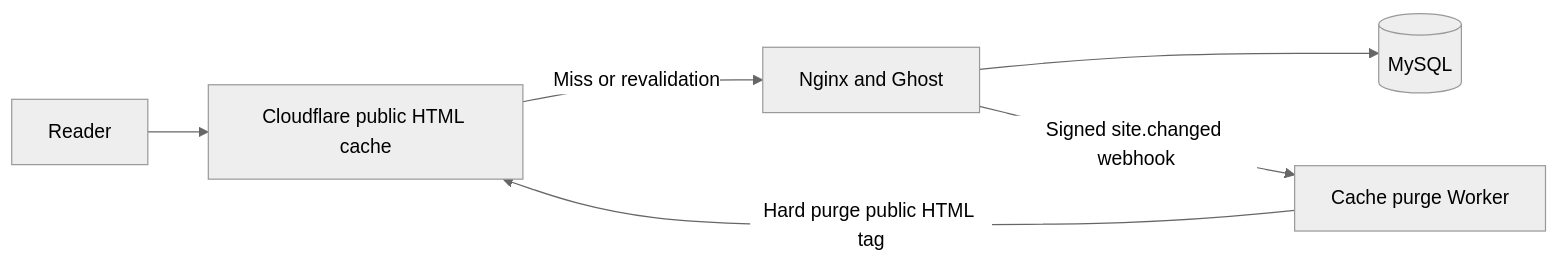
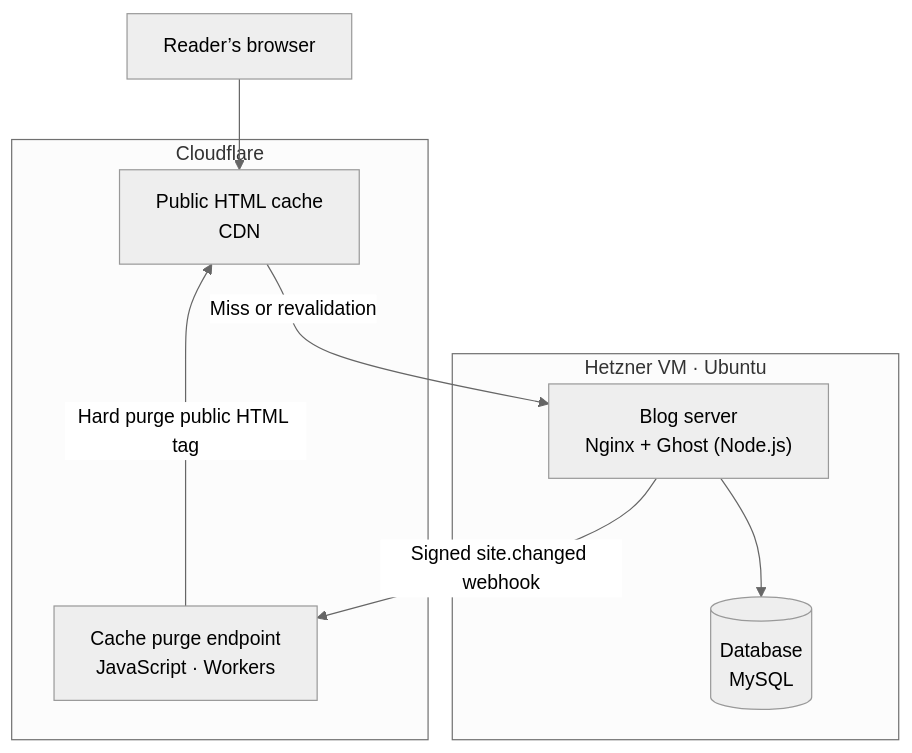
The diagram in 121gigawatts/hosting/README.md (zoltanmaric/coppersushi), drawn with Mermaid (neutral theme) before and after one commit. The commit also changed 4 other files, not shown here.

Commit message:
Clarify runtime and hosting boundaries in architecture diagrams

````diff
--- a/121gigawatts/hosting/README.md
+++ b/121gigawatts/hosting/README.md
@@ -16,10 +16,19 @@
 ```mermaid
-flowchart LR
-    reader["Reader"] --> cdn["Cloudflare public HTML cache"]
-    cdn -->|Miss or revalidation| origin["Nginx and Ghost"]
-    origin --> mysql[("MySQL")]
-    origin -->|Signed site.changed webhook| purge["Cache purge Worker"]
+flowchart TB
+    reader["Reader’s browser"]
+    subgraph cloudflare["Cloudflare"]
+        cdn["Public HTML cache<br/>CDN"]
+        purge["Cache purge endpoint<br/>JavaScript · Workers"]
+    end
+    subgraph hetzner["Hetzner VM · Ubuntu"]
+        origin["Blog server<br/>Nginx + Ghost (Node.js)"]
+        mysql[("Database<br/>MySQL")]
+    end
+    reader --> cdn
+    cdn -->|Miss or revalidation| origin
+    origin --> mysql
+    origin -->|Signed site.changed webhook| purge
     purge -->|Hard purge public HTML tag| cdn
     click origin "https://github.com/zoltanmaric/coppersushi/blob/main/121gigawatts/hosting/README.md" "Ghost hosting"
     click purge "https://github.com/zoltanmaric/coppersushi/blob/main/121gigawatts/hosting/README.md#public-page-caching" "Purge endpoint"
 ```
````
